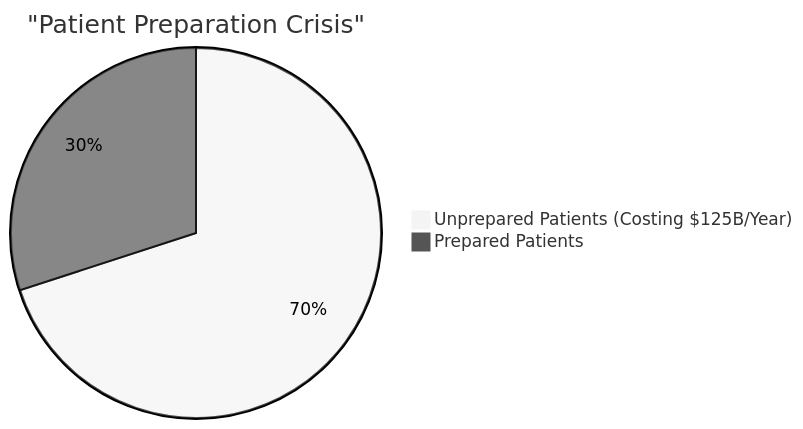
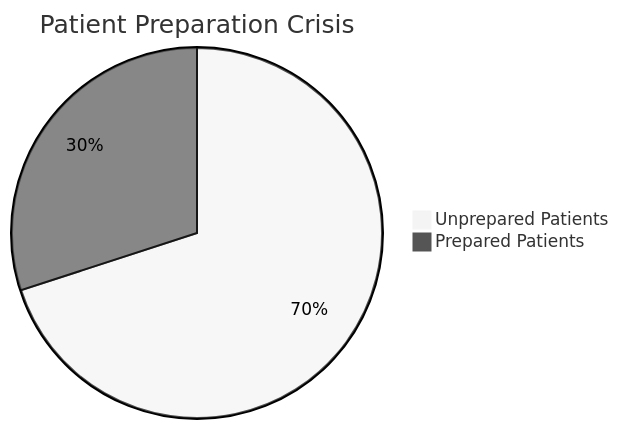
Before and after one commit to Iceman-Dann/Medly: the first of 8 diagrams in README.md, drawn with Mermaid (neutral theme). The commit also changed other lines of this file, not shown here.

````diff
--- a/README.md
+++ b/README.md
@@ -20,6 +20,6 @@
 ```mermaid
 pie
-    title "Patient Preparation Crisis"
-    "Unprepared Patients (Costing $125B/Year)" : 70
+    title Patient Preparation Crisis
+    "Unprepared Patients" : 70
     "Prepared Patients" : 30
 ```
````
